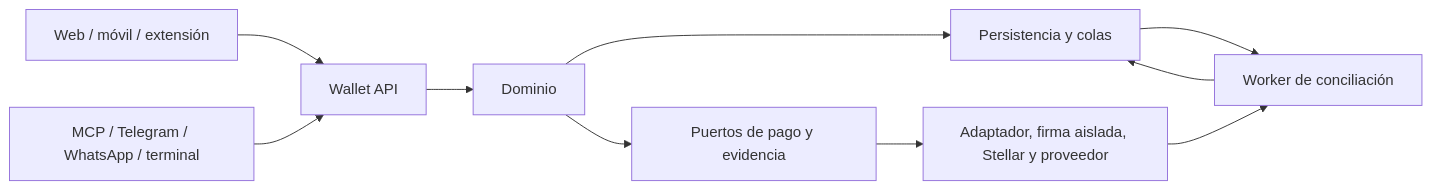
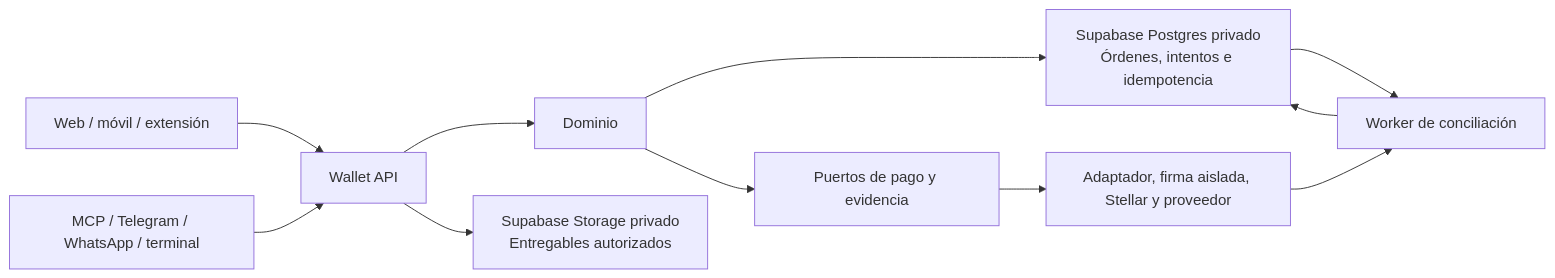
One commit to TilcAI-Wallet/tilcai-wallet changed the diagram in docs/architecture.md. Above: the diagram before and after it, drawn with Mermaid. The commit also changed other lines of this file and 13 other files, not shown here.

Commit message:
docs: apply architecture audit and select Supabase persistence

```diff
--- a/docs/architecture.md
+++ b/docs/architecture.md
@@ -3,12 +3,13 @@
 ~~~mermaid
 flowchart LR
   U["Web / móvil / extensión"] --> A["Wallet API"]
   C["MCP / Telegram / WhatsApp / terminal"] --> A
   A --> D["Dominio"]
-  D --> S["Persistencia y colas"]
+  D --> S["Supabase Postgres privado<br/>Órdenes, intentos e idempotencia"]
+  A --> O["Supabase Storage privado<br/>Entregables autorizados"]
   D --> P["Puertos de pago y evidencia"]
   P --> W["Adaptador, firma aislada, Stellar y proveedor"]
   S --> R["Worker de conciliación"]
   W --> R
   R --> S
 ~~~
```
